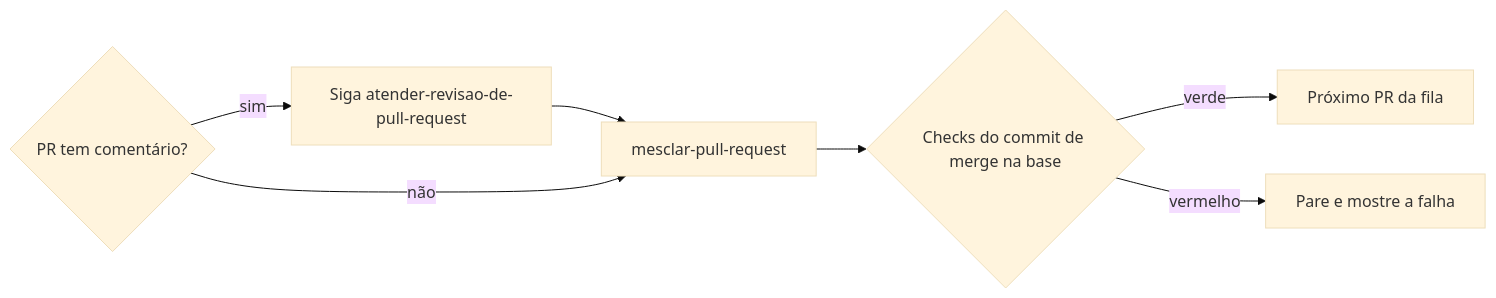
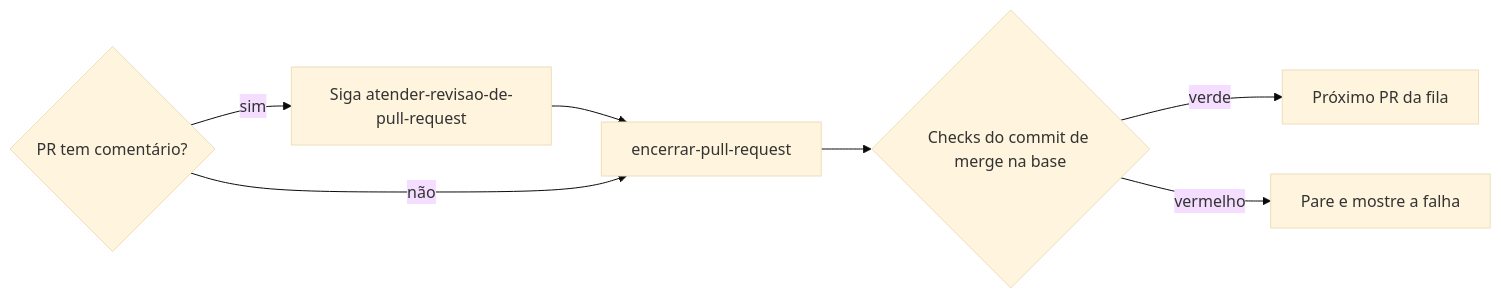
Before and after one commit to jimmyandrade/harness: the diagram in .agents/skills/avaliar-atualizacoes-de-dependencia/SKILL.md, drawn with Mermaid (base theme). The commit also changed other lines of this file and 13 other files, not shown here.

First line of the commit message:
refactor(encerrar-pull-request)!: end a pull request by merging or by closing with a linked reason

````diff
--- a/.agents/skills/avaliar-atualizacoes-de-dependencia/SKILL.md
+++ b/.agents/skills/avaliar-atualizacoes-de-dependencia/SKILL.md
@@ -70,9 +70,9 @@
 ```mermaid
 flowchart LR
   A{PR tem comentário?} -->|sim| B[Siga atender-revisao-de-pull-request]
-  B --> C[mesclar-pull-request]
+  B --> C[encerrar-pull-request]
   A -->|não| C
   C --> D{Checks do commit de merge na base}
   D -->|verde| E[Próximo PR da fila]
   D -->|vermelho| F[Pare e mostre a falha]
 ```
````
